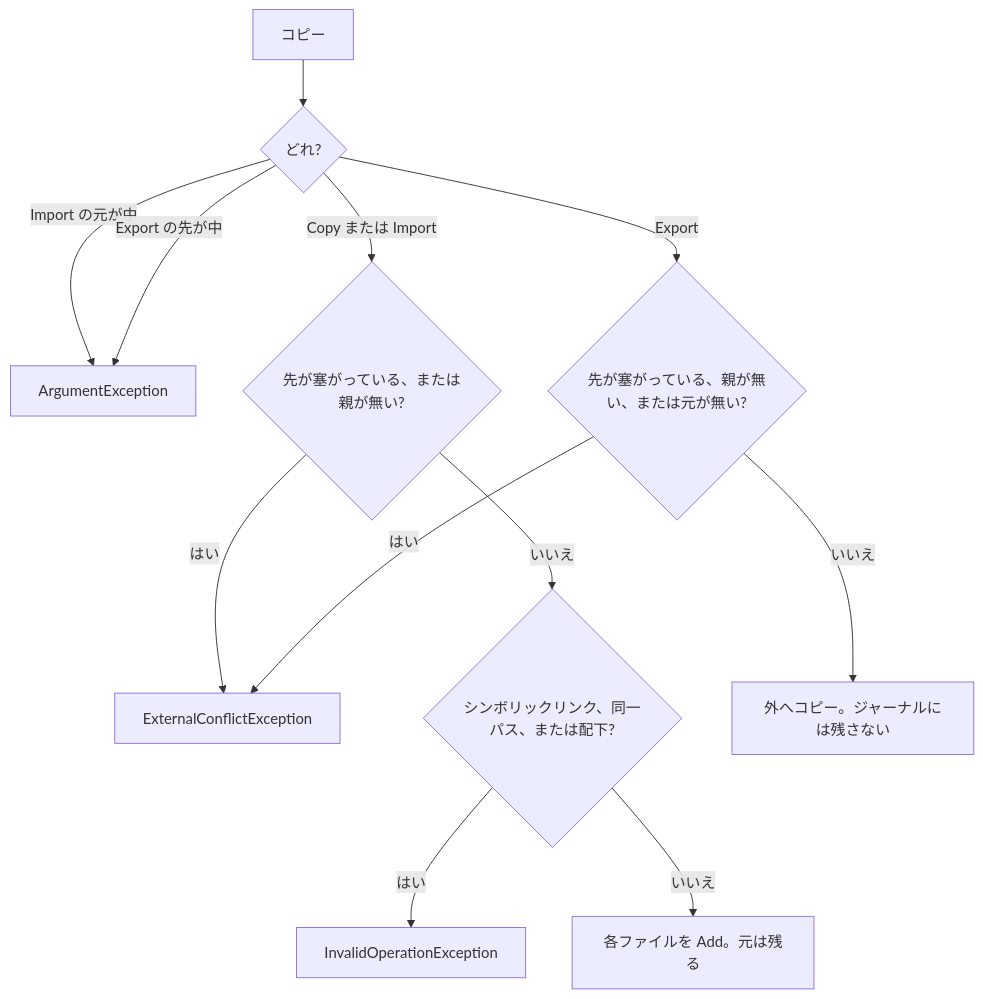
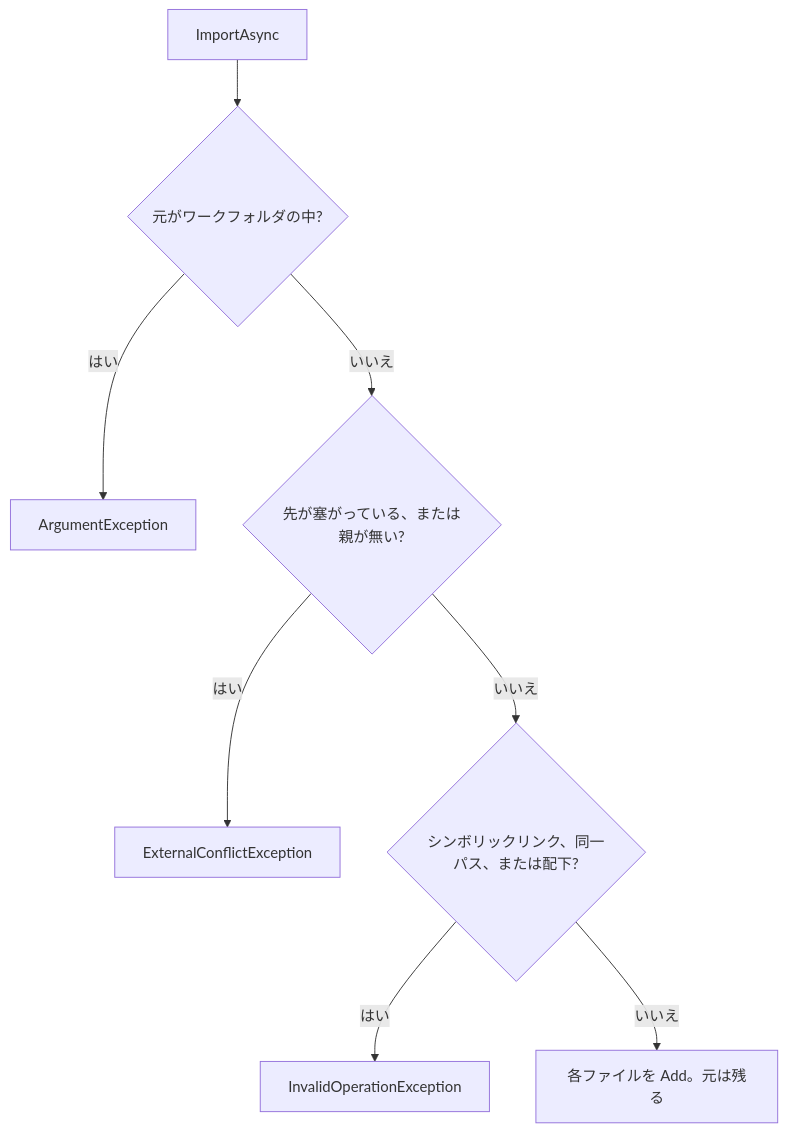
Before and after one commit to YUKIKEDA/Txfio: diagram 13 of 15 in README.md, drawn with Mermaid. The commit also changed other lines of this file, not shown here.

Commit message:
docs(readme): 操作の説明の直後にその図を置く

````diff
--- a/README.md
+++ b/README.md
@@ -405,14 +391,10 @@
 ```mermaid
 flowchart TD
-  copy["コピー"] --> which{"どれ?"}
-  which -->|Import の元が中| arg["ArgumentException"]
-  which -->|Export の先が中| arg
-  which -->|Copy または Import| blocked{"先が塞がっている、または親が無い?"}
+  imp["ImportAsync"] --> inside{"元がワークフォルダの中?"}
+  inside -->|はい| arg["ArgumentException"]
+  inside -->|いいえ| blocked{"先が塞がっている、または親が無い?"}
   blocked -->|はい| ext["ExternalConflictException"]
   blocked -->|いいえ| bad{"シンボリックリンク、同一パス、または配下?"}
   bad -->|はい| inv["InvalidOperationException"]
   bad -->|いいえ| add["各ファイルを Add。元は残る"]
-  which -->|Export| missing{"先が塞がっている、親が無い、または元が無い?"}
-  missing -->|はい| ext
-  missing -->|いいえ| out["外へコピー。ジャーナルには残さない"]
 ```
````
